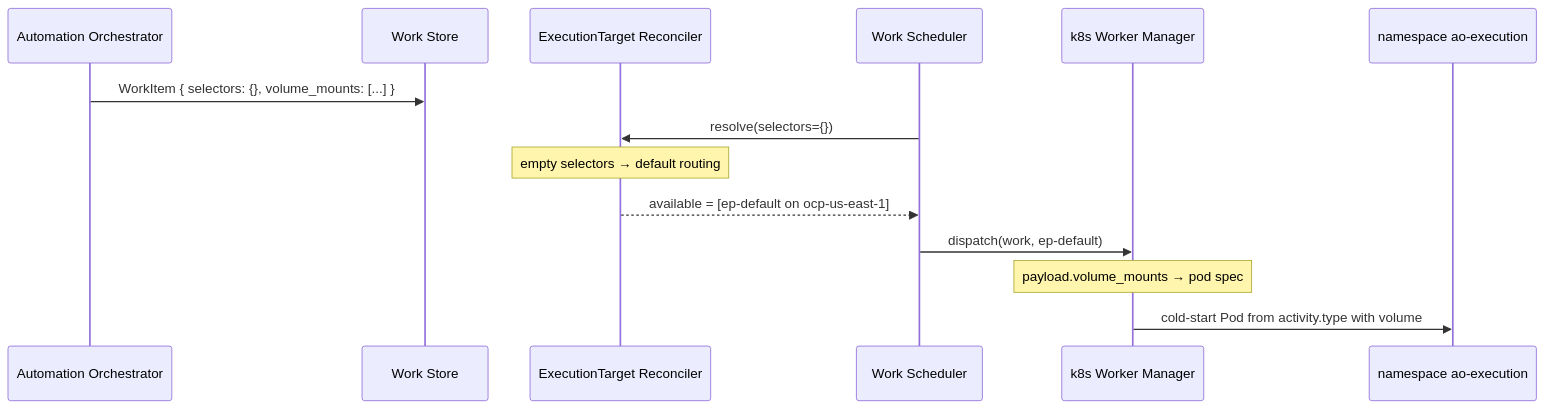
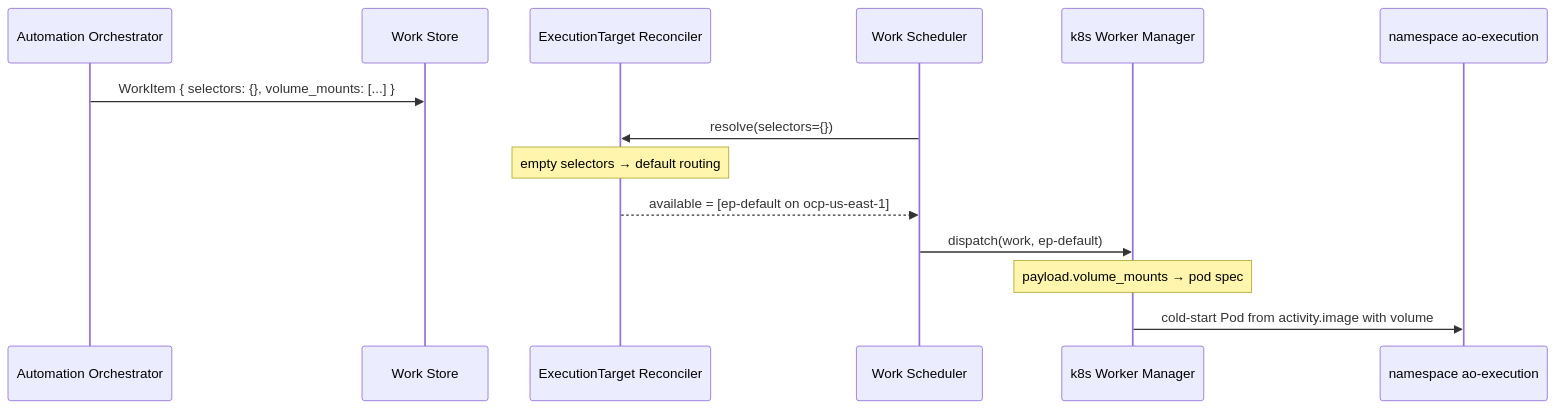
Before and after one commit to syntara-orchestration/syntara: the diagram in backend/docs/execution-plane/examples/02-volume-mount.md, drawn with Mermaid. The commit also changed other lines of this file and 3 other files, not shown here.

First line of the commit message:
docs(AAP-92721): rename activity.type to activity.image

````diff
--- a/backend/docs/execution-plane/examples/02-volume-mount.md
+++ b/backend/docs/execution-plane/examples/02-volume-mount.md
@@ -124,17 +124,17 @@
 ```mermaid
 sequenceDiagram
     participant AO as Automation Orchestrator
     participant WS as Work Store
     participant ETR as ExecutionTarget Reconciler
     participant Sch as Work Scheduler
     participant WM as k8s Worker Manager
     participant NS as namespace ao-execution
 
     AO->>WS: WorkItem { selectors: {}, volume_mounts: [...] }
     Sch->>ETR: resolve(selectors={})
     Note over ETR: empty selectors → default routing
     ETR-->>Sch: available = [ep-default on ocp-us-east-1]
     Sch->>WM: dispatch(work, ep-default)
     Note over WM: payload.volume_mounts → pod spec
-    WM->>NS: cold-start Pod from activity.type with volume
+    WM->>NS: cold-start Pod from activity.image with volume
 ```
````
